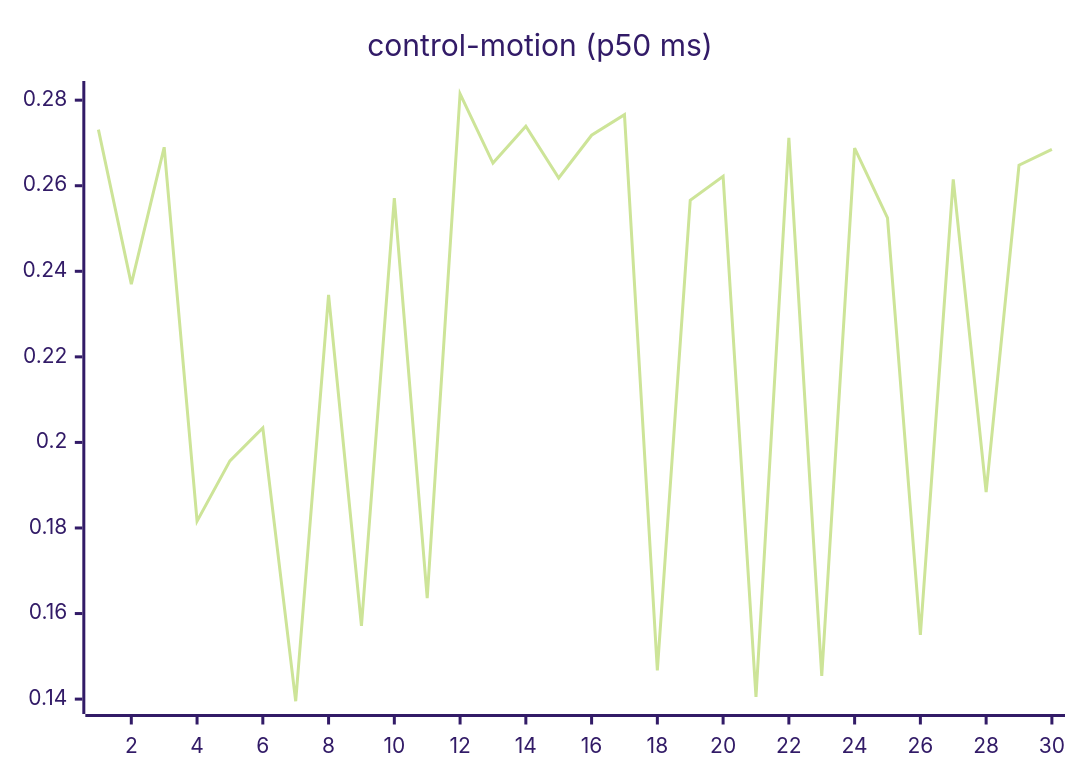
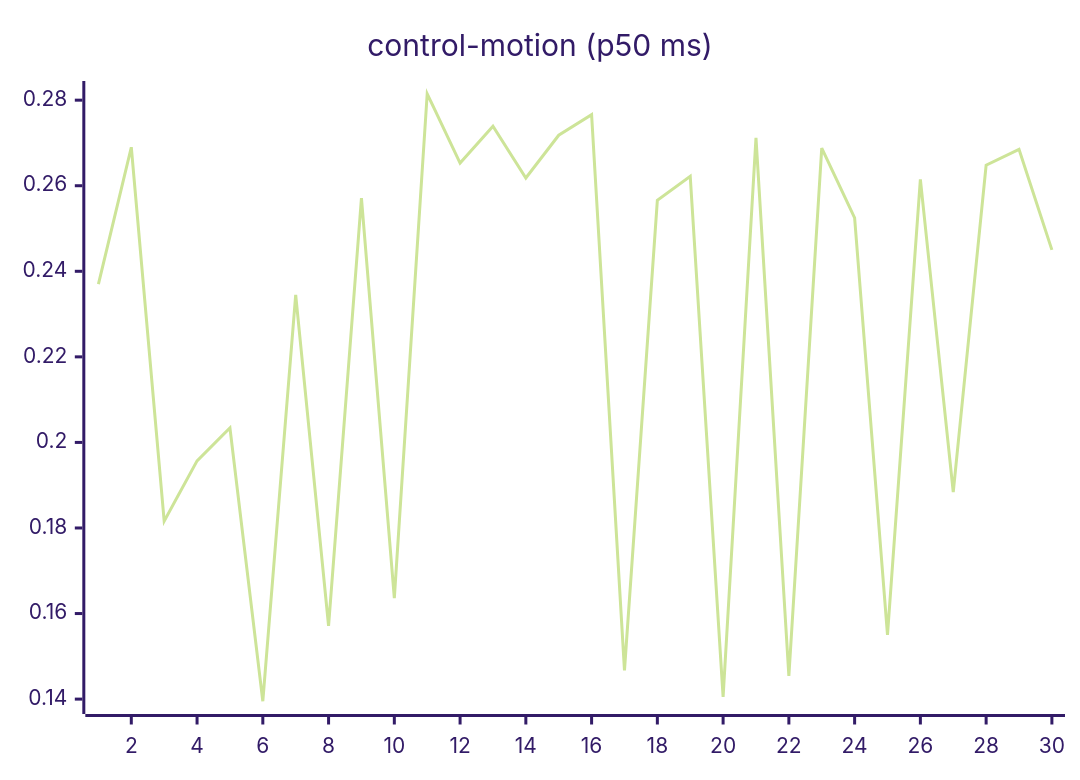
Before and after one commit to josha/Facet: the seventh of 27 diagrams in README.md, drawn with Mermaid (forest theme). The commit also changed other lines of this file and 2 other files, not shown here.

````diff
--- a/README.md
+++ b/README.md
@@ -105,6 +105,6 @@
 ```mermaid
 xychart-beta
     title "control-motion (p50 ms)"
     x-axis 1 --> 30
-    line [0.2731, 0.2370, 0.2690, 0.1816, 0.1957, 0.2034, 0.1395, 0.2345, 0.1571, 0.2571, 0.1636, 0.2815, 0.2653, 0.2739, 0.2618, 0.2718, 0.2766, 0.1467, 0.2566, 0.2622, 0.1405, 0.2712, 0.1454, 0.2688, 0.2525, 0.1550, 0.2615, 0.1884, 0.2648, 0.2685]
+    line [0.2370, 0.2690, 0.1816, 0.1957, 0.2034, 0.1395, 0.2345, 0.1571, 0.2571, 0.1636, 0.2815, 0.2653, 0.2739, 0.2618, 0.2718, 0.2766, 0.1467, 0.2566, 0.2622, 0.1405, 0.2712, 0.1454, 0.2688, 0.2525, 0.1550, 0.2615, 0.1884, 0.2648, 0.2685, 0.2450]
 ```
````
